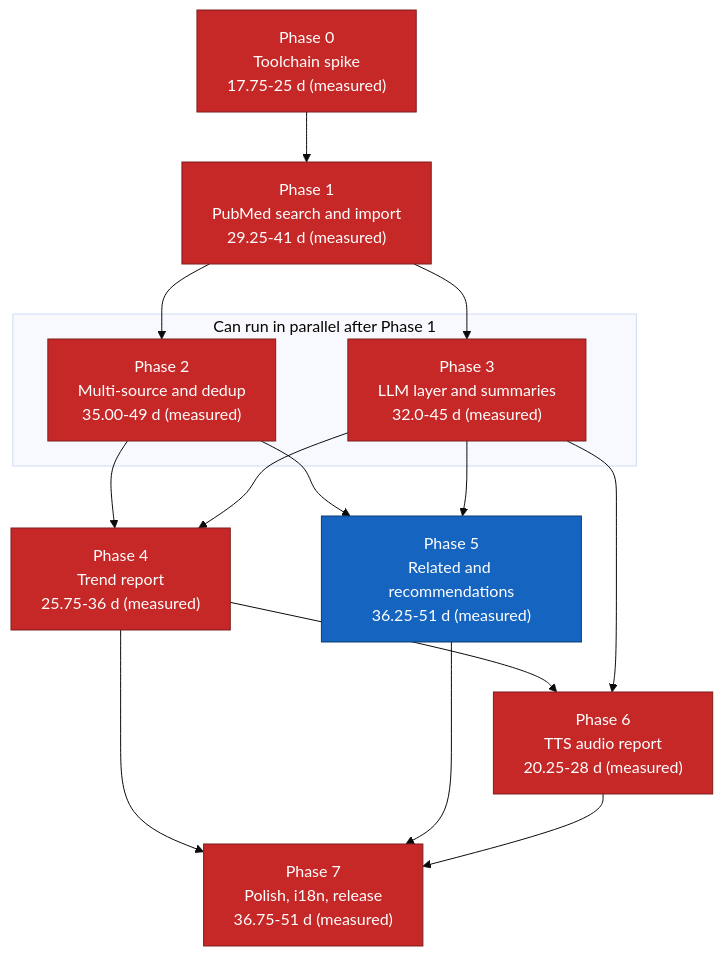
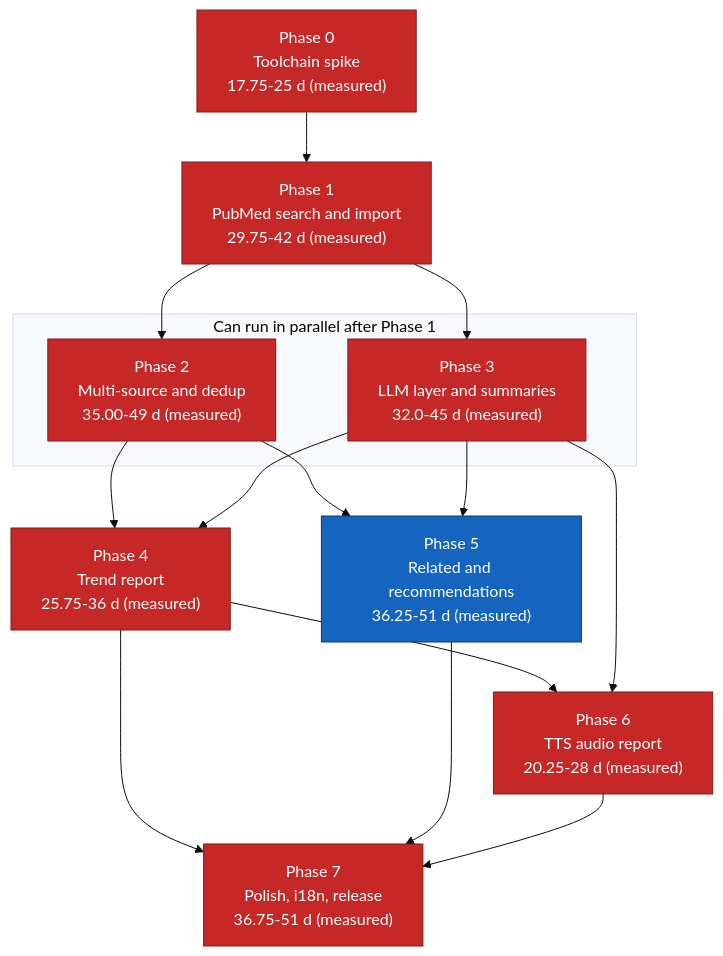
The diagram in docs/11-implementation-roadmap.md (suppakoko/research_helper), drawn with Mermaid (base theme) before and after one commit. The commit also changed other lines of this file and 9 other files, not shown here.

````diff
--- a/docs/11-implementation-roadmap.md
+++ b/docs/11-implementation-roadmap.md
@@ -327,34 +327,34 @@
 ```mermaid
 graph TD
     P0["Phase 0<br/>Toolchain spike<br/>17.75-25 d (measured)"]
-    P1["Phase 1<br/>PubMed search and import<br/>29.25-41 d (measured)"]
+    P1["Phase 1<br/>PubMed search and import<br/>29.75-42 d (measured)"]
     P2["Phase 2<br/>Multi-source and dedup<br/>35.00-49 d (measured)"]
     P3["Phase 3<br/>LLM layer and summaries<br/>32.0-45 d (measured)"]
     P4["Phase 4<br/>Trend report<br/>25.75-36 d (measured)"]
     P5["Phase 5<br/>Related and recommendations<br/>36.25-51 d (measured)"]
     P6["Phase 6<br/>TTS audio report<br/>20.25-28 d (measured)"]
     P7["Phase 7<br/>Polish, i18n, release<br/>36.75-51 d (measured)"]
 
     P0 --> P1
     P1 --> P2
     P1 --> P3
     P2 --> P4
     P3 --> P4
     P2 --> P5
     P3 --> P5
     P4 --> P6
     P3 --> P6
     P4 --> P7
     P5 --> P7
     P6 --> P7
 
     subgraph parallel["Can run in parallel after Phase 1"]
         P2
         P3
     end
 
     classDef critical fill:#c62828,stroke:#7f1d1d,color:#ffffff
     classDef normal fill:#1565c0,stroke:#0d3c73,color:#ffffff
     class P0,P1,P2,P3,P4,P6,P7 critical
     class P5 normal
 ```
````
